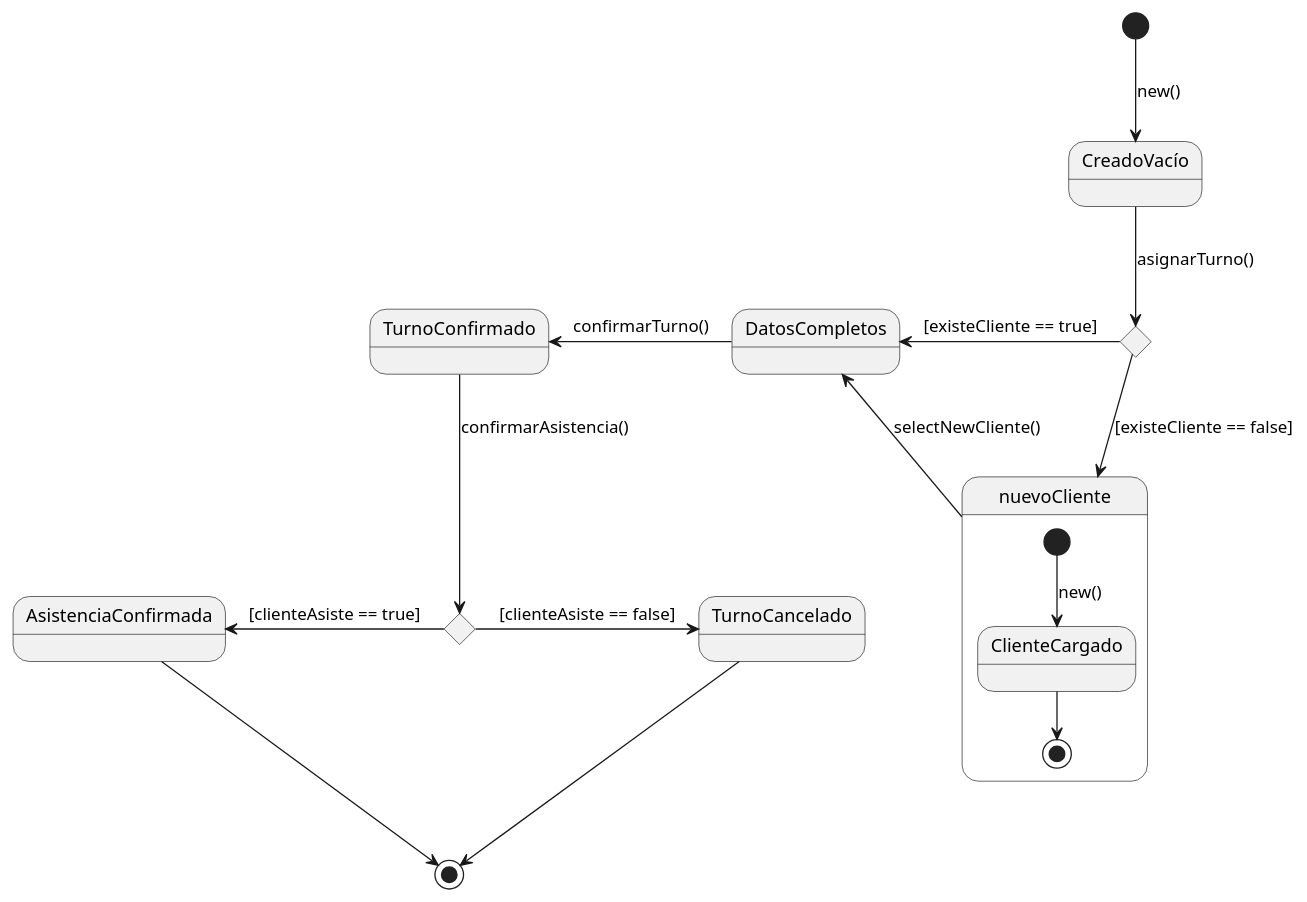
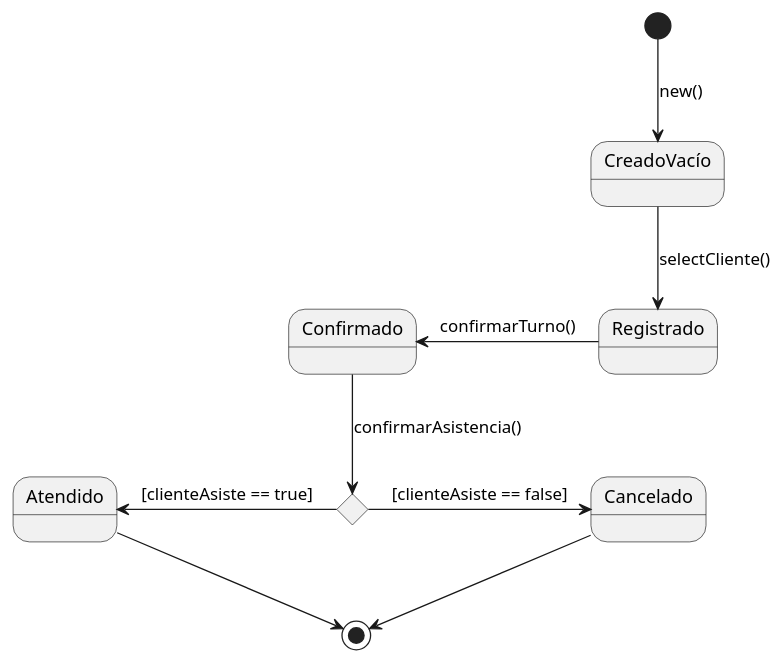
The diagram in UML/Diagrama_Estado_Turno.puml (MatiasCermak/tp-integrador-doo), drawn with PlantUML before and after one commit. The commit also changed 5 other files, not shown here.

```diff
--- a/UML/Diagrama_Estado_Turno.puml
+++ b/UML/Diagrama_Estado_Turno.puml
@@ -1,21 +1,13 @@
 @startuml Turno
  
 [*] --> CreadoVacío : new()
-state existeCliente <<choice>>
 state clienteAsiste <<choice>>
-state nuevoCliente {
-   [*] --> ClienteCargado : new()
-   ClienteCargado --> [*]
-}
  
-CreadoVacío --> existeCliente : asignarTurno()
-existeCliente -left-> DatosCompletos : [existeCliente == true]
-existeCliente --> nuevoCliente : [existeCliente == false]
-nuevoCliente --> DatosCompletos : selectNewCliente()
-DatosCompletos -left-> TurnoConfirmado : confirmarTurno()
-TurnoConfirmado --> clienteAsiste : confirmarAsistencia()
-clienteAsiste -left-> AsistenciaConfirmada : [clienteAsiste == true]
-clienteAsiste -right-> TurnoCancelado : [clienteAsiste == false]
-AsistenciaConfirmada --> [*]
-TurnoCancelado -->[*]
+CreadoVacío --> Registrado : selectCliente()
+Registrado -left-> Confirmado : confirmarTurno()
+Confirmado --> clienteAsiste : confirmarAsistencia()
+clienteAsiste -left-> Atendido : [clienteAsiste == true]
+clienteAsiste -right-> Cancelado : [clienteAsiste == false]
+Atendido --> [*]
+Cancelado -->[*]
 @enduml
```
